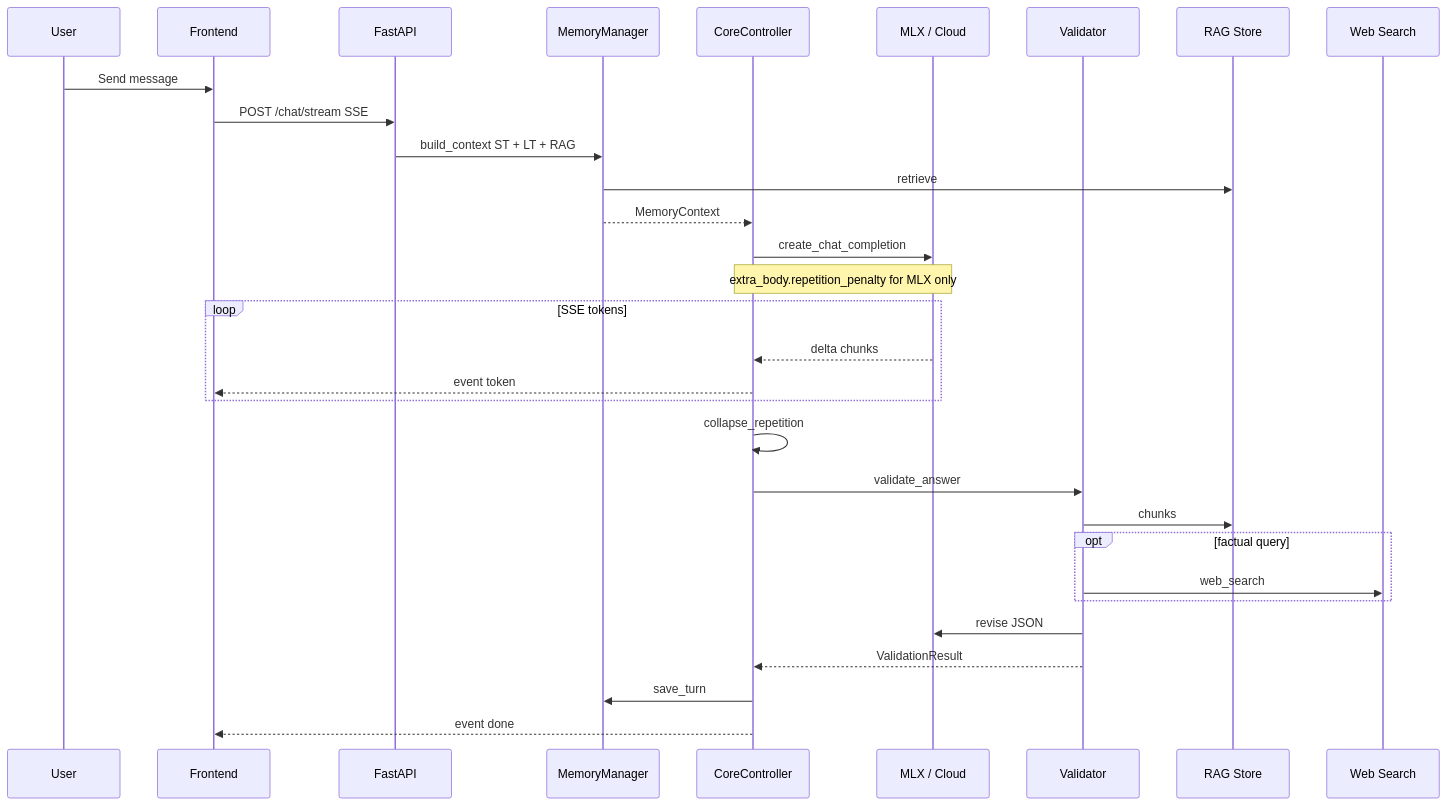
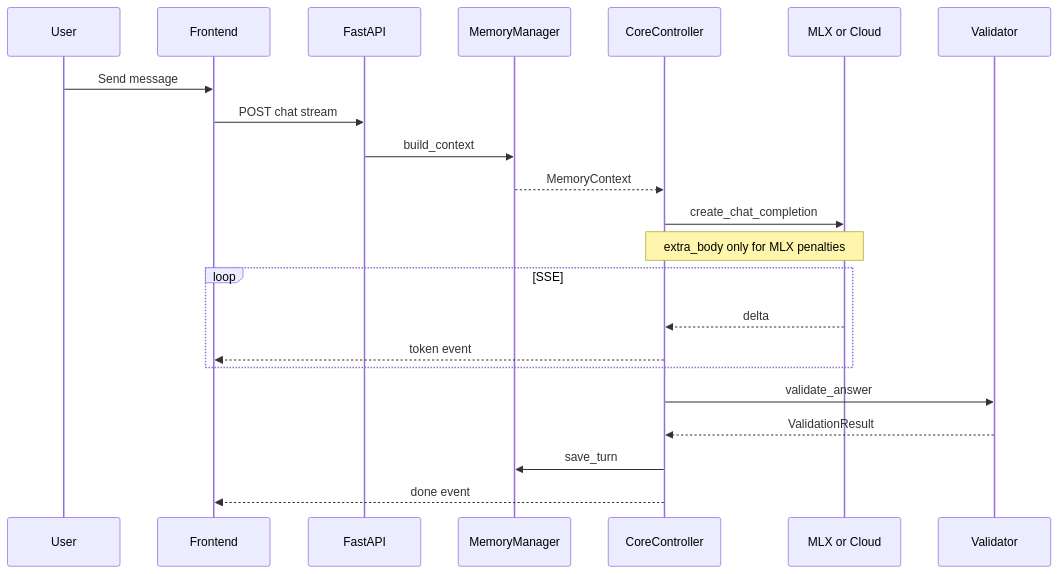
The sixth of 10 diagrams in docs/ARCHITECTURE.md (zxspring21/localAIAgent), drawn with Mermaid before and after one commit. The commit also changed other lines of this file and 10 other files, not shown here.

````diff
--- a/docs/ARCHITECTURE.md
+++ b/docs/ARCHITECTURE.md
@@ -201,34 +197,25 @@
 ```mermaid
 sequenceDiagram
-    participant U as User
-    participant FE as Frontend
-    participant API as FastAPI
-    participant MM as MemoryManager
-    participant BR as CoreController
-    participant LLM as MLX / Cloud
-    participant VAL as Validator
-    participant RAG as RAG Store
-    participant WS as Web Search
+  participant U as User
+  participant FE as Frontend
+  participant API as FastAPI
+  participant MM as MemoryManager
+  participant BR as CoreController
+  participant LLM as MLX or Cloud
+  participant VAL as Validator
 
-    U->>FE: Send message
-    FE->>API: POST /chat/stream SSE
-    API->>MM: build_context ST + LT + RAG
-    MM->>RAG: retrieve
-    MM-->>BR: MemoryContext
-    BR->>LLM: create_chat_completion
-    Note over BR,LLM: extra_body.repetition_penalty for MLX only
-    loop SSE tokens
-        LLM-->>BR: delta chunks
-        BR-->>FE: event token
-    end
-    BR->>BR: collapse_repetition
-    BR->>VAL: validate_answer
-    VAL->>RAG: chunks
-    opt factual query
-        VAL->>WS: web_search
-    end
-    VAL->>LLM: revise JSON
-    VAL-->>BR: ValidationResult
-    BR->>MM: save_turn
-    BR-->>FE: event done
+  U->>FE: Send message
+  FE->>API: POST chat stream
+  API->>MM: build_context
+  MM-->>BR: MemoryContext
+  BR->>LLM: create_chat_completion
+  Note over BR,LLM: extra_body only for MLX penalties
+  loop SSE
+    LLM-->>BR: delta
+    BR-->>FE: token event
+  end
+  BR->>VAL: validate_answer
+  VAL-->>BR: ValidationResult
+  BR->>MM: save_turn
+  BR-->>FE: done event
 ```
````
